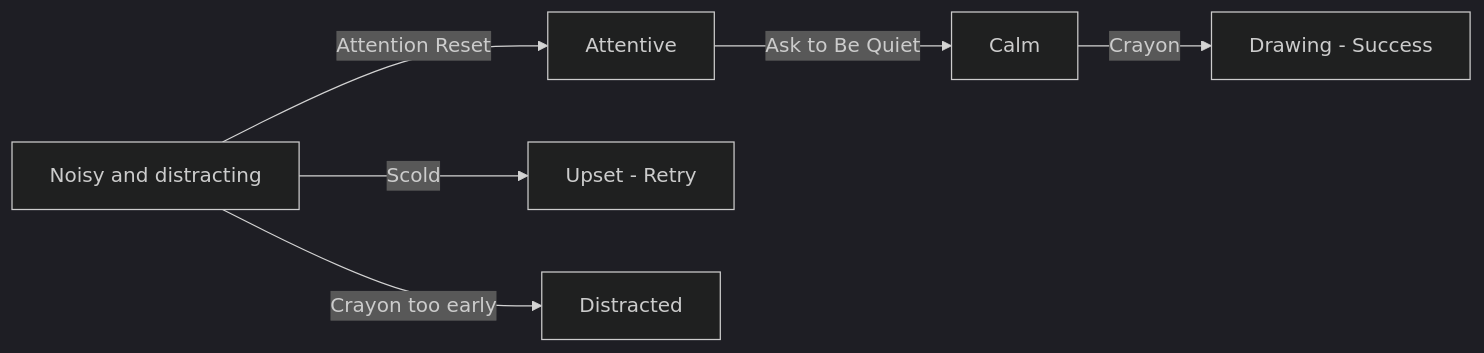
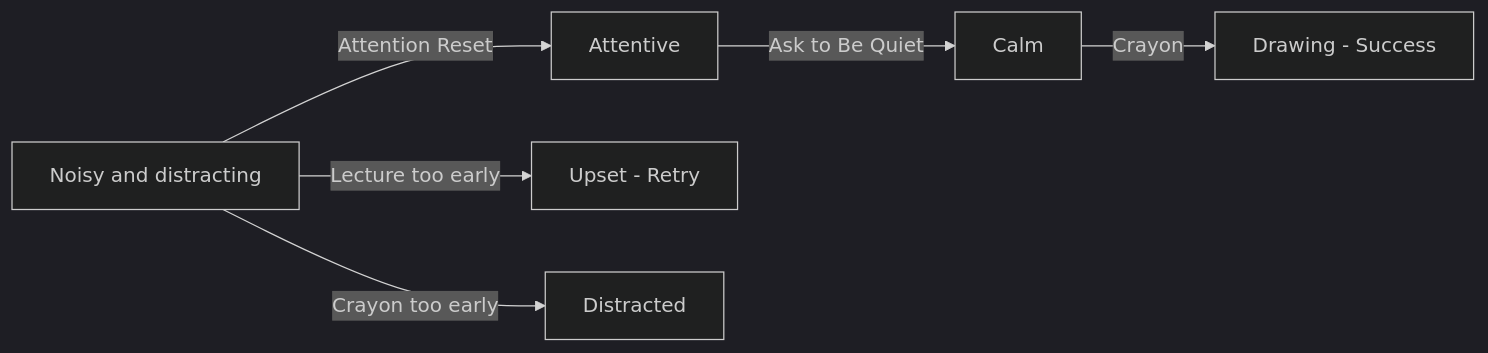
One commit to indradprasetya/stories-challenge4 changed the diagram in story 1 chapter 2.md. Above: the diagram before and after it, drawn with Mermaid (dark theme). The commit also changed other lines of this file and 4 other files, not shown here.

Commit message:
fix: wording scold/marah into lecture/tegur

````diff
--- a/story 1 chapter 2.md
+++ b/story 1 chapter 2.md
@@ -36,8 +36,8 @@
 ```mermaid
 flowchart LR
     A["Noisy and distracting"] -->|"Attention Reset"| B["Attentive"]
     B -->|"Ask to Be Quiet"| C["Calm"]
     C -->|"Crayon"| D["Drawing - Success"]
-    A -->|"Scold"| E["Upset - Retry"]
+    A -->|"Lecture too early"| E["Upset - Retry"]
     A -->|"Crayon too early"| F["Distracted"]
 ```
````
